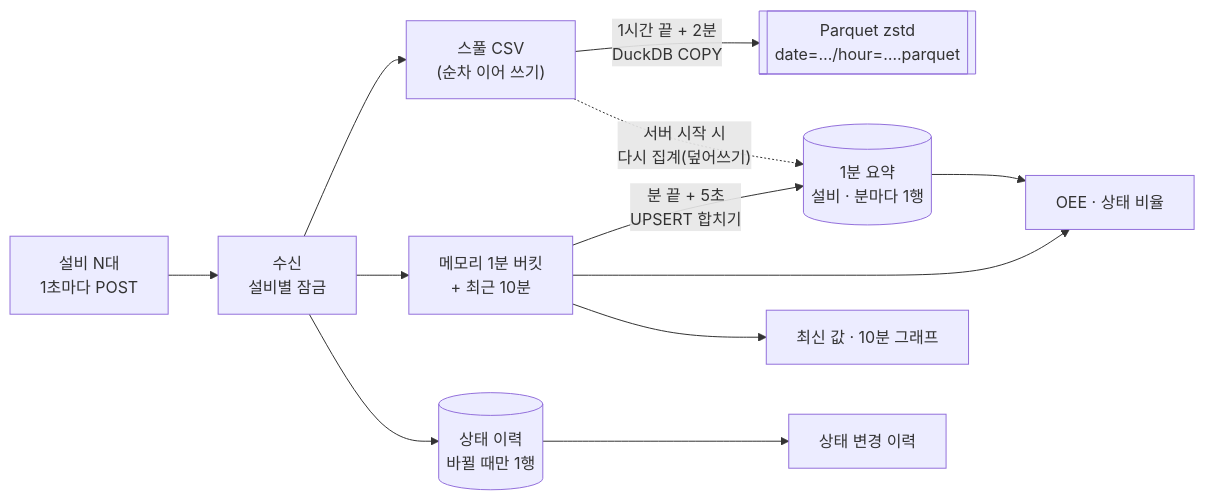
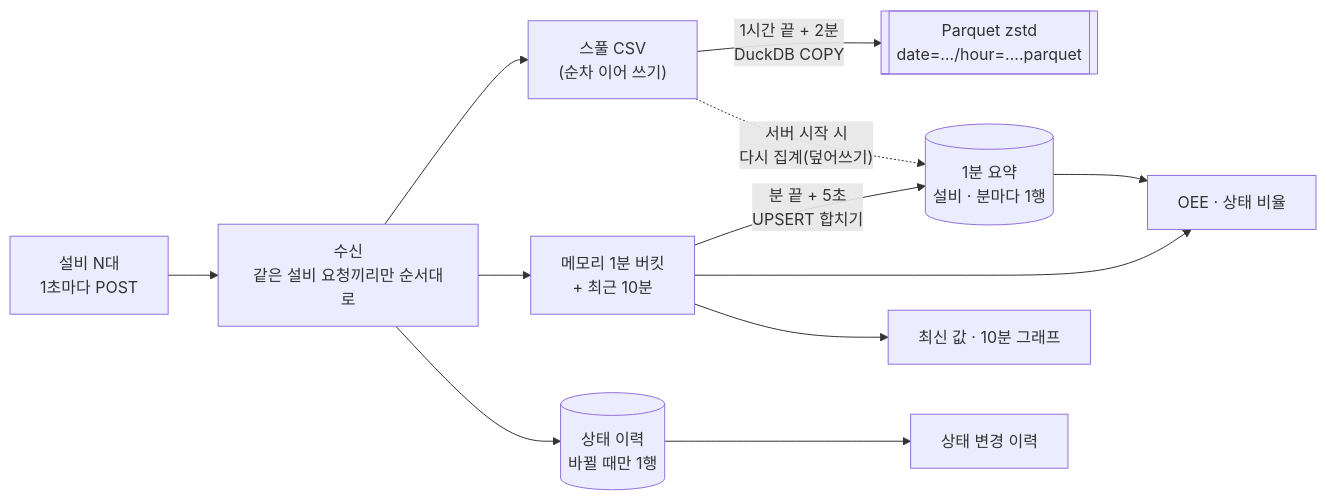
One commit to popcorn0125/mes-study changed the diagram in docs/experiments/sensor-rollup/README.md. Above: the diagram before and after it, drawn with Mermaid. The commit also changed other lines of this file and 1 other file, not shown here.

First line of the commit message:
docs: "설비별 잠금"을 풀어 쓰기

````diff
--- a/docs/experiments/sensor-rollup/README.md
+++ b/docs/experiments/sensor-rollup/README.md
@@ -148,13 +148,13 @@
 ```mermaid
 flowchart LR
-    E["설비 N대<br/>1초마다 POST"] --> API["수신<br/>설비별 잠금"]
+    E["설비 N대<br/>1초마다 POST"] --> API["수신<br/>같은 설비 요청끼리만 순서대로"]
     API --> SPOOL["스풀 CSV<br/>(순차 이어 쓰기)"]
     API --> AGG["메모리 1분 버킷<br/>+ 최근 10분"]
     API --> CHG[("상태 이력<br/>바뀔 때만 1행")]
     AGG -- "분 끝 + 5초<br/>UPSERT 합치기" --> MIN[("1분 요약<br/>설비 · 분마다 1행")]
     SPOOL -- "1시간 끝 + 2분<br/>DuckDB COPY" --> PQ[["Parquet zstd<br/>date=…/hour=….parquet"]]
     SPOOL -. "서버 시작 시<br/>다시 집계(덮어쓰기)" .-> MIN
     MIN & AGG --> OEE["OEE · 상태 비율"]
     AGG --> LIVE["최신 값 · 10분 그래프"]
     CHG --> HIST["상태 변경 이력"]
 ```
````
